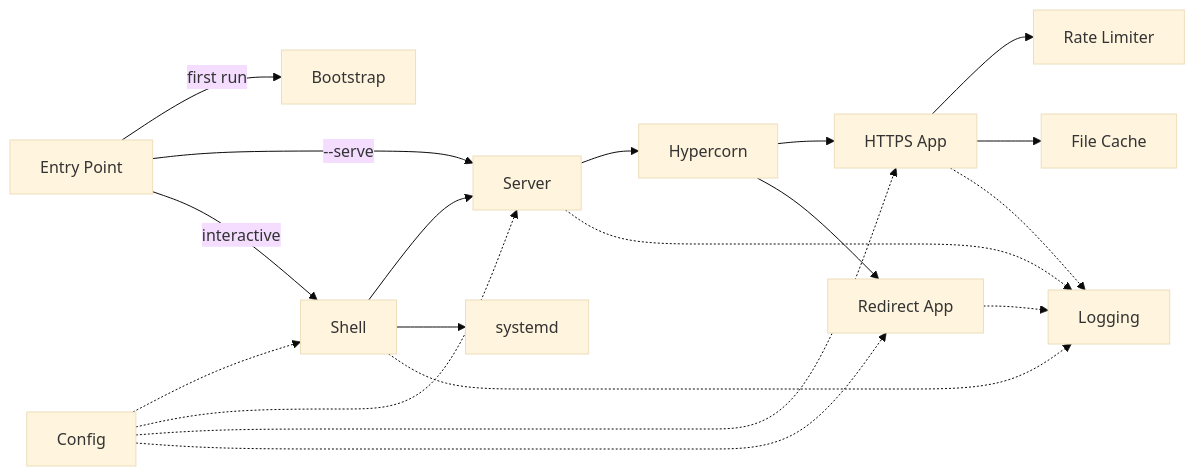
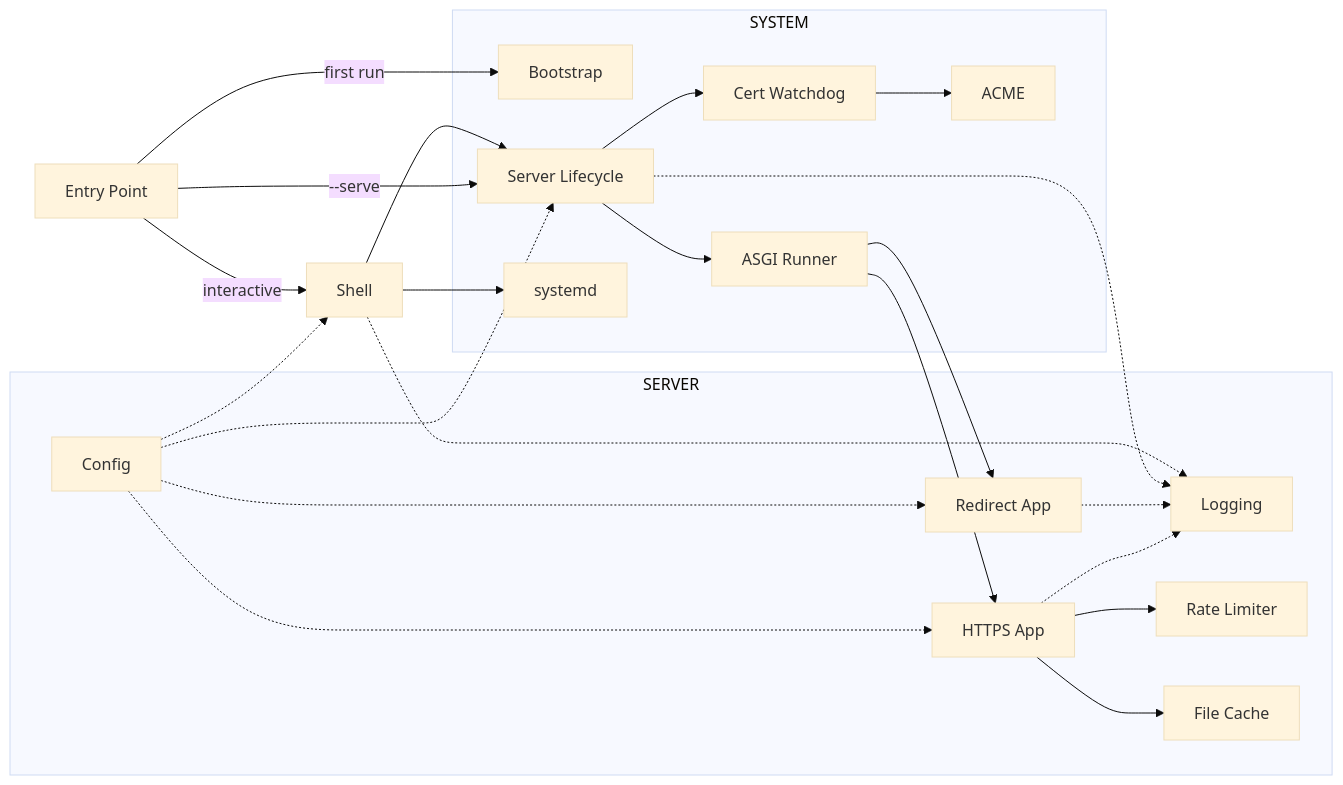
Before and after one commit to andy-emerson/Servette: the diagram in README.md, drawn with Mermaid (base theme). The commit also changed other lines of this file and 2 other files, not shown here.

Commit message:
Reorganize into Server/System/Shell sections; update README and demo
servette.py: restructure from a two-part SERVER/SHELL split into three
clearly bounded sections. SERVER contains only request-handling logic
(config, rate limiting, file cache, ASGI apps). SYSTEM contains
environment management (bootstrap, server lifecycle, cert management,
service integration). SHELL contains only UI logic and is no longer
split across two regions of the file.

demo/index.html: consolidate the three HTTP security header rows into
one; add a Gzip & ETag row.

README: update How it works with a section/line-count table, reorganize
component descriptions under Server/System/Shell subsections, and
replace the diagram with subgraph-annotated version that names nodes by
function (ASGI Runner instead of Hypercorn) and surfaces Cert Watchdog
and ACME as first-class nodes.

````diff
--- a/README.md
+++ b/README.md
@@ -140,40 +146,51 @@
 ```mermaid
 graph LR
-    CFG[Config]
+    EP[Entry Point]
 
-    EP[Entry Point]
-    BS[Bootstrap]
+    subgraph SERVER
+        CFG[Config]
+        LOG[Logging]
+        RL[Rate Limiter]
+        FC[File Cache]
+        HTTPS[HTTPS App]
+        HTTP[Redirect App]
+    end
+
+    subgraph SYSTEM
+        BS[Bootstrap]
+        SRV[Server Lifecycle]
+        ASG[ASGI Runner]
+        CW[Cert Watchdog]
+        ACME[ACME]
+        SD[systemd]
+    end
+
     SH[Shell]
-    SV[Server]
-    SD[systemd]
-    HYP[Hypercorn]
-    HTTPS[HTTPS App]
-    HTTP[Redirect App]
-    RL[Rate Limiter]
-    FC[File Cache]
 
-    LOG[Logging]
-
-    CFG -.-> SH
-    CFG -.-> SV
     CFG -.-> HTTPS
     CFG -.-> HTTP
+    CFG -.-> SRV
+    CFG -.-> SH
 
     EP -->|first run| BS
-    EP -->|--serve| SV
+    EP -->|--serve| SRV
     EP -->|interactive| SH
-    SH --> SV
+
+    SH --> SRV
     SH --> SD
 
-    SV --> HYP
-    HYP --> HTTPS
-    HYP --> HTTP
+    SRV --> ASG
+    SRV --> CW
+    ASG --> HTTPS
+    ASG --> HTTP
+
+    CW --> ACME
 
     HTTPS --> RL
     HTTPS --> FC
 
     HTTPS -.-> LOG
     HTTP -.-> LOG
-    SV -.-> LOG
+    SRV -.-> LOG
     SH -.-> LOG
 ```
````
